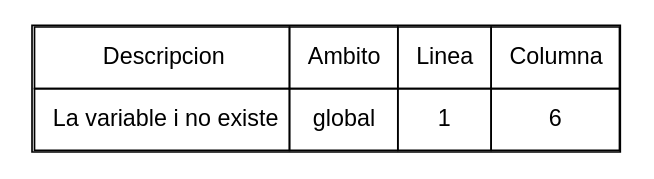
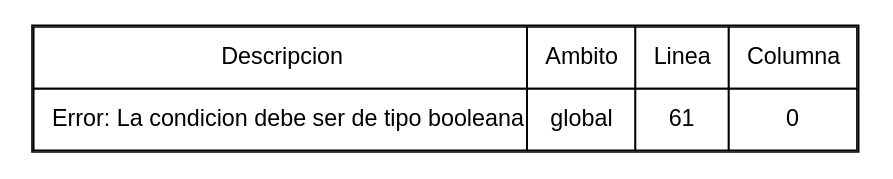
The diagram in reports/graphErr.dot (Noel1903/OLC2_P12S201900822), drawn with Graphviz before and after one commit. The commit also changed 19 other files, not shown here.

```diff
--- a/reports/graphErr.dot
+++ b/reports/graphErr.dot
@@ -1,9 +1,9 @@
 
 digraph G{
 fontname="Helvetica,Arial,sans-serif";
 node [fontname="Helvetica,Arial,sans-serif"];
 a0 [shape=none label=<
 <TABLE border="1" cellspacing="0" cellpadding="10">
 <tr><td>Descripcion</td><td>Ambito</td><td>Linea</td><td>Columna</td></tr>
-<tr><td>La variable i no existe</td><td>global</td><td>1</td><td>6</td></tr></TABLE>>];
+<tr><td>Error: La condicion debe ser de tipo booleana</td><td>global</td><td>61</td><td>0</td></tr></TABLE>>];
 }
```
